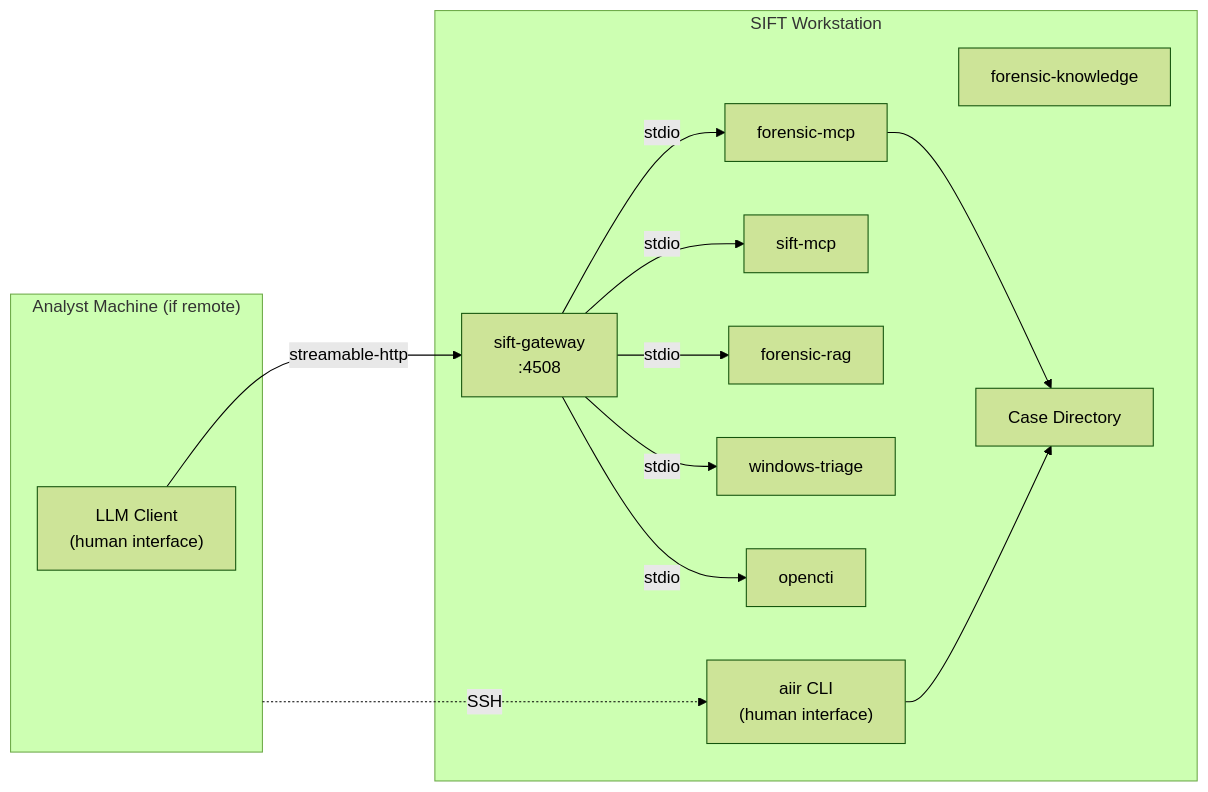
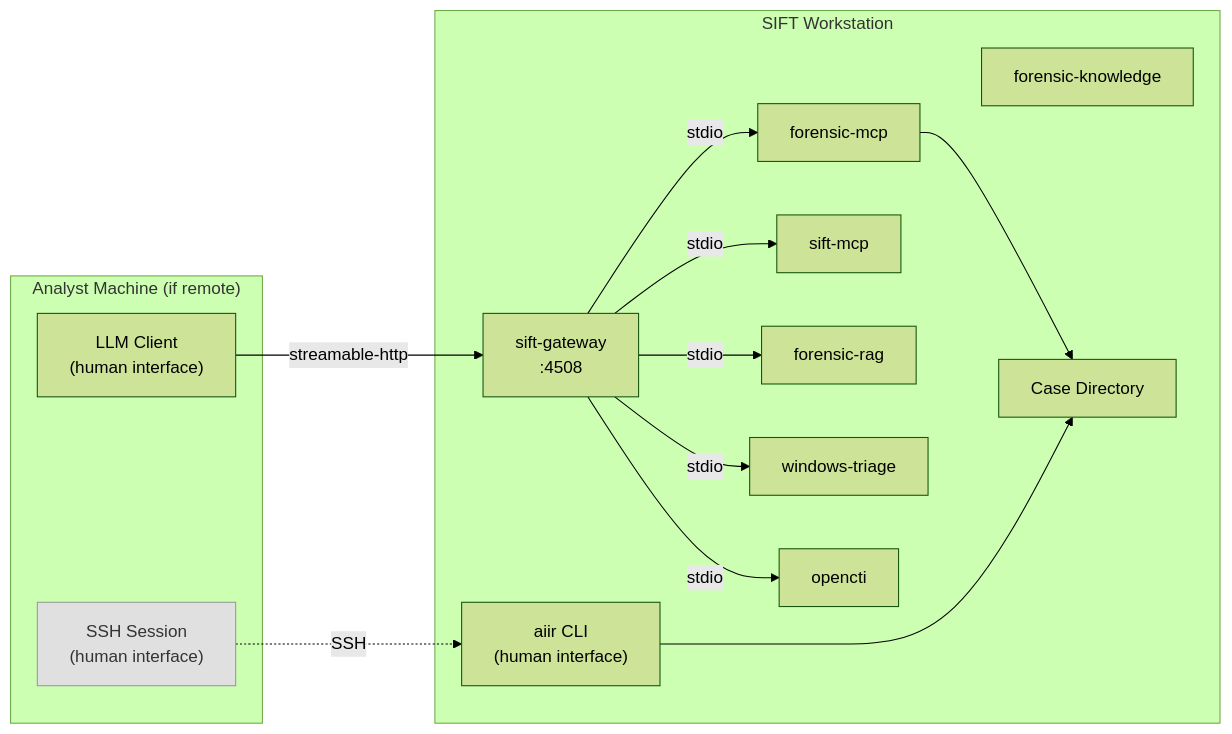
The first of 2 diagrams in README.md (AppliedIR/sift-mcp), drawn with Mermaid (forest theme) before and after one commit. The commit also changed other lines of this file, not shown here.

Commit message:
README: add SSH session box to diagram, split quickstart into 3 tiers

````diff
--- a/README.md
+++ b/README.md
@@ -9,29 +9,31 @@
 ```mermaid
 graph LR
     subgraph analyst ["Analyst Machine (if remote)"]
         CC["LLM Client<br/>(human interface)"]
+        SSH["SSH Session<br/>(human interface)"]
     end
 
     subgraph sift ["SIFT Workstation"]
         CLI["aiir CLI<br/>(human interface)"]
         GW["sift-gateway<br/>:4508"]
         FM["forensic-mcp"]
         SM["sift-mcp"]
         RAG["forensic-rag"]
         WT["windows-triage"]
         OC["opencti"]
         FK["forensic-knowledge"]
         CASE["Case Directory"]
 
         GW -->|stdio| FM
         GW -->|stdio| SM
         GW -->|stdio| RAG
         GW -->|stdio| WT
         GW -->|stdio| OC
         FM --> CASE
         CLI --> CASE
     end
 
     CC -->|"streamable-http"| GW
-    analyst -.->|"SSH"| CLI
+    SSH -.->|"SSH"| CLI
+    style SSH fill:#e0e0e0,stroke:#999,color:#333
 ```
````
